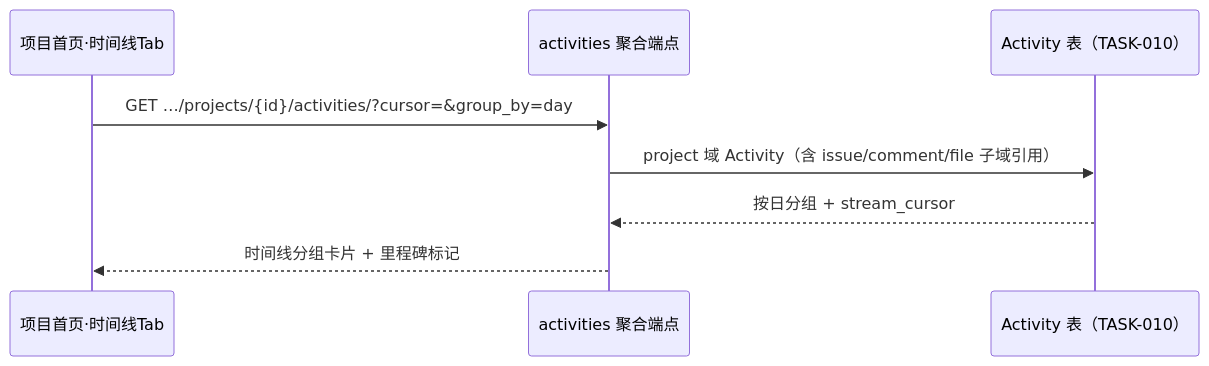
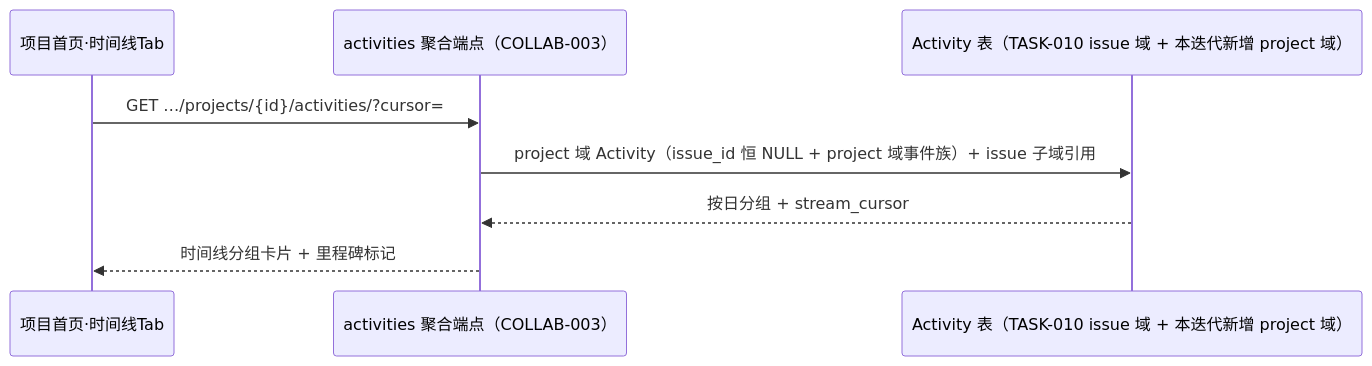
The second of 2 diagrams in docs/sprint-5-integration-standard/PROJ-003-project-lifecycle.md (RabbitAI-Lab/RabbitProjects), drawn with Mermaid before and after one commit. The commit also changed other lines of this file and 7 other files, not shown here.

````diff
--- a/docs/sprint-5-integration-standard/PROJ-003-project-lifecycle.md
+++ b/docs/sprint-5-integration-standard/PROJ-003-project-lifecycle.md
@@ -116,10 +131,10 @@
 ```mermaid
 sequenceDiagram
     participant FE as 项目首页·时间线Tab
-    participant API as activities 聚合端点
-    participant DB as Activity 表（TASK-010）
-    FE->>API: GET …/projects/{id}/activities/?cursor=&group_by=day
-    API->>DB: project 域 Activity（含 issue/comment/file 子域引用）
+    participant API as activities 聚合端点（COLLAB-003）
+    participant DB as Activity 表（TASK-010 issue 域 + 本迭代新增 project 域）
+    FE->>API: GET …/projects/{id}/activities/?cursor=
+    API->>DB: project 域 Activity（issue_id 恒 NULL + project 域事件族）+ issue 子域引用
     DB-->>API: 按日分组 + stream_cursor
     API-->>FE: 时间线分组卡片 + 里程碑标记
 ```
````
